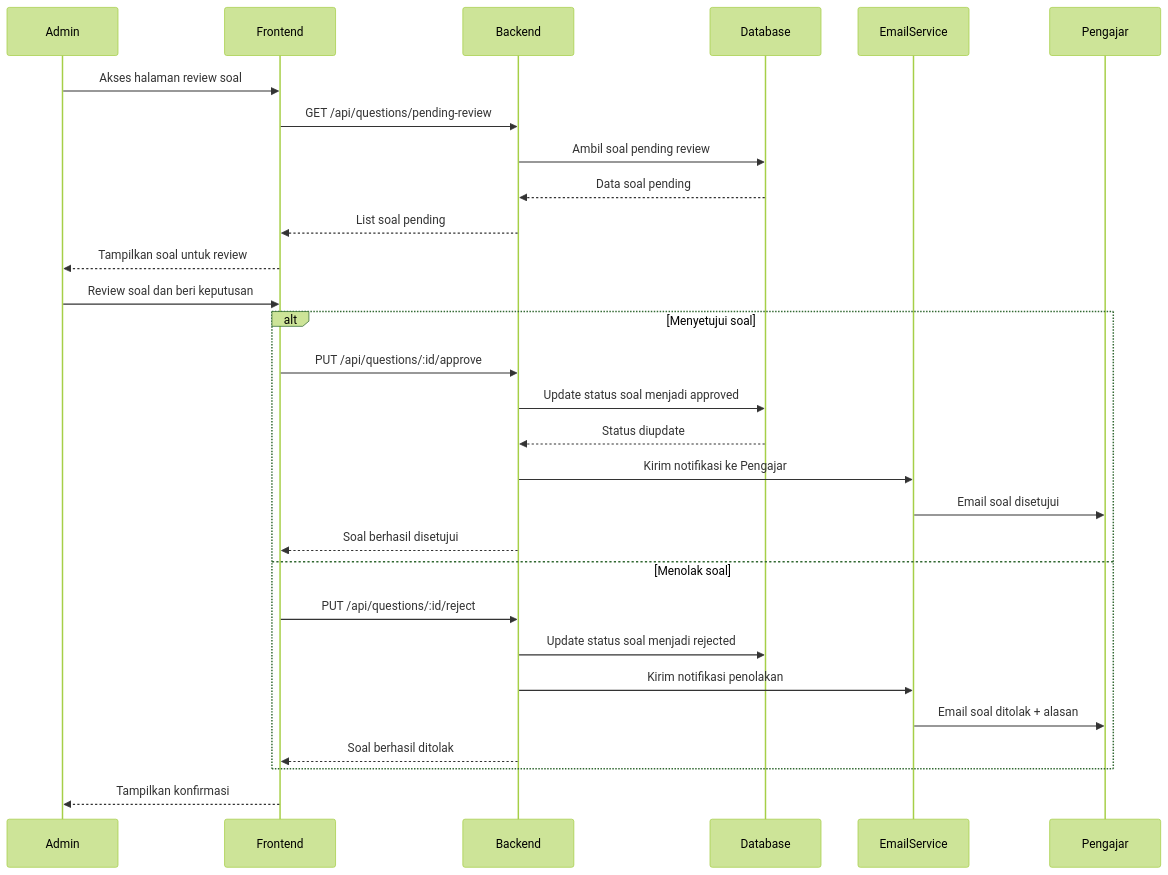
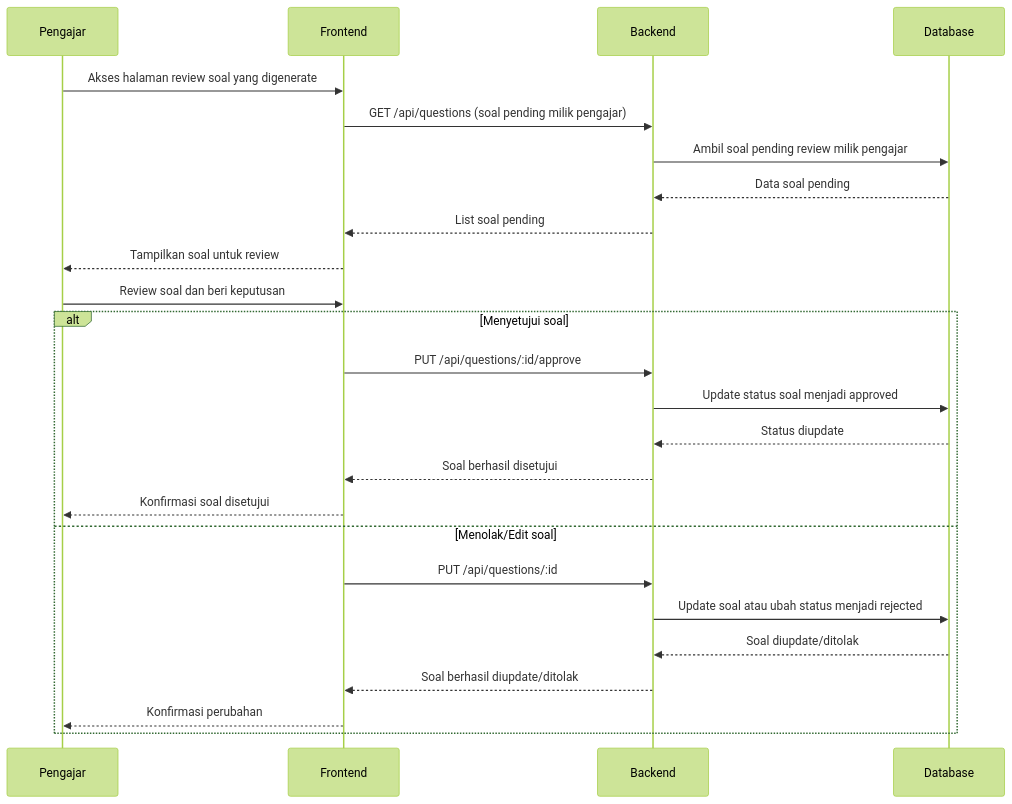
The sixth of 10 diagrams in sequence-diagrams.md (jonito2005/exam-expert-ai-docs), drawn with Mermaid (forest theme) before and after one commit. The commit also changed other lines of this file, not shown here.

````diff
--- a/sequence-diagrams.md
+++ b/sequence-diagrams.md
@@ -146,32 +146,28 @@
 ```mermaid
 sequenceDiagram
-    participant Admin
+    participant Pengajar
     participant Frontend
     participant Backend
     participant Database
-    participant EmailService
-    participant Pengajar
 
-    Admin->>Frontend: Akses halaman review soal
-    Frontend->>Backend: GET /api/questions/pending-review
-    Backend->>Database: Ambil soal pending review
+    Pengajar->>Frontend: Akses halaman review soal yang digenerate
+    Frontend->>Backend: GET /api/questions (soal pending milik pengajar)
+    Backend->>Database: Ambil soal pending review milik pengajar
     Database-->>Backend: Data soal pending
     Backend-->>Frontend: List soal pending
-    Frontend-->>Admin: Tampilkan soal untuk review
-    Admin->>Frontend: Review soal dan beri keputusan
+    Frontend-->>Pengajar: Tampilkan soal untuk review
+    Pengajar->>Frontend: Review soal dan beri keputusan
     alt Menyetujui soal
         Frontend->>Backend: PUT /api/questions/:id/approve
         Backend->>Database: Update status soal menjadi approved
         Database-->>Backend: Status diupdate
-        Backend->>EmailService: Kirim notifikasi ke Pengajar
-        EmailService->>Pengajar: Email soal disetujui
         Backend-->>Frontend: Soal berhasil disetujui
-    else Menolak soal
-        Frontend->>Backend: PUT /api/questions/:id/reject
-        Backend->>Database: Update status soal menjadi rejected
-        Backend->>EmailService: Kirim notifikasi penolakan
-        EmailService->>Pengajar: Email soal ditolak + alasan
-        Backend-->>Frontend: Soal berhasil ditolak
+        Frontend-->>Pengajar: Konfirmasi soal disetujui
+    else Menolak/Edit soal
+        Frontend->>Backend: PUT /api/questions/:id
+        Backend->>Database: Update soal atau ubah status menjadi rejected
+        Database-->>Backend: Soal diupdate/ditolak
+        Backend-->>Frontend: Soal berhasil diupdate/ditolak
+        Frontend-->>Pengajar: Konfirmasi perubahan
     end
-    Frontend-->>Admin: Tampilkan konfirmasi
 ```
````
